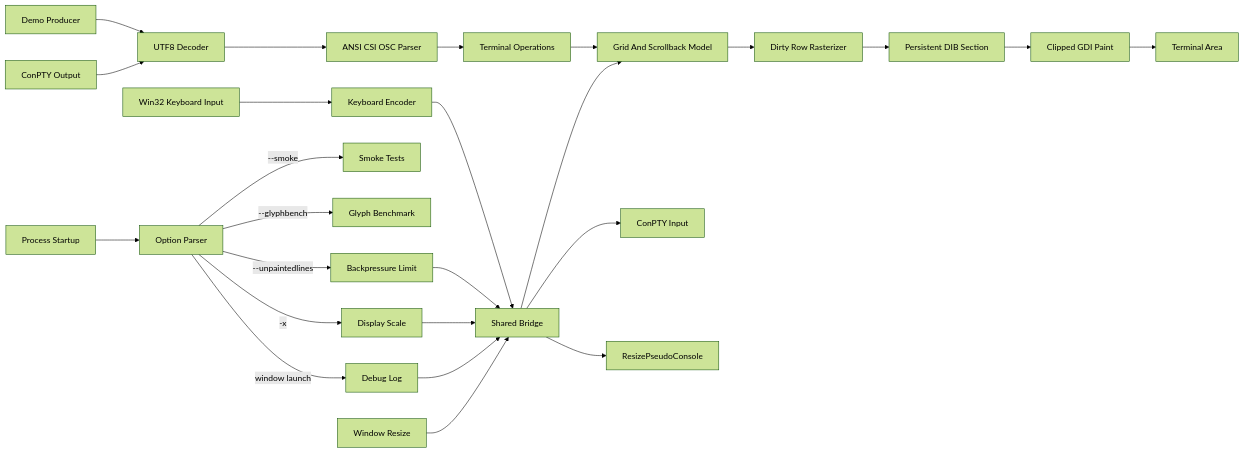
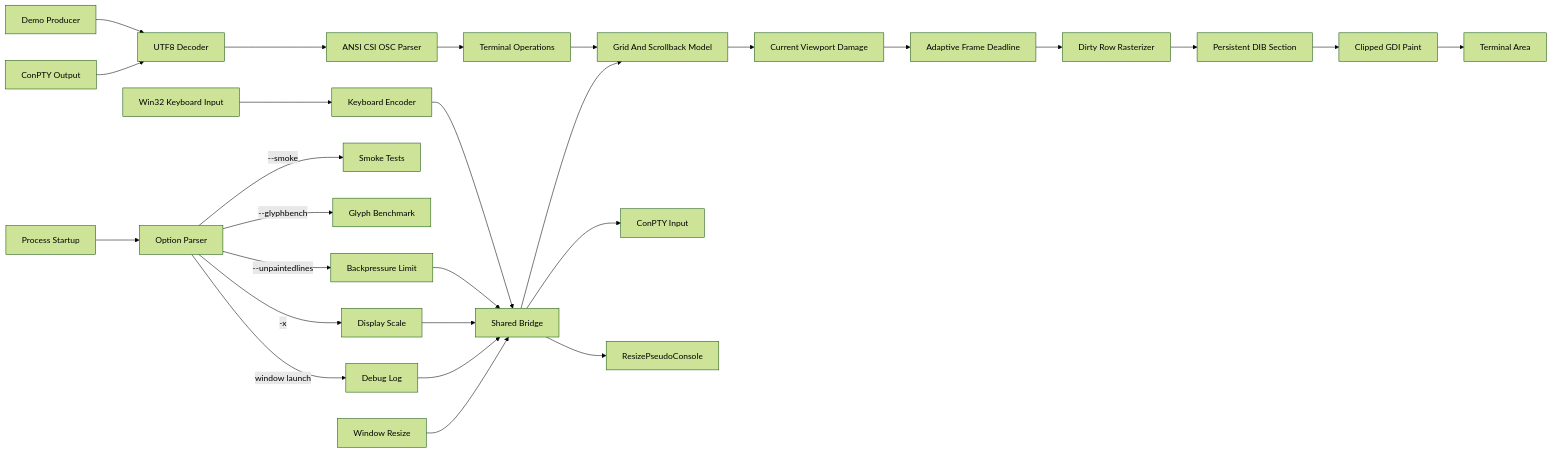
One commit to DusteDdk/winxterm changed the diagram in ARCHITECTURE.md. Above: the diagram before and after it, drawn with Mermaid (forest theme). The commit also changed other lines of this file and 17 other files, not shown here.

````diff
--- a/ARCHITECTURE.md
+++ b/ARCHITECTURE.md
@@ -65,27 +67,29 @@
 ```mermaid
 flowchart LR
     processStart[Process Startup] --> optionParser[Option Parser]
     optionParser -->|"--smoke"| smokeTests[Smoke Tests]
     optionParser -->|"--glyphbench"| glyphBench[Glyph Benchmark]
     optionParser -->|"--unpaintedlines"| backpressureLimit[Backpressure Limit]
     optionParser -->|"-x"| displayScale[Display Scale]
     optionParser -->|"window launch"| debugLog[Debug Log]
     debugLog --> bridge[Shared Bridge]
     backpressureLimit --> bridge
     displayScale --> bridge
     bridge --> screenModel[Grid And Scrollback Model]
     win32Input[Win32 Keyboard Input] --> inputEncoder[Keyboard Encoder]
     inputEncoder --> bridge
     bridge --> conptyInput[ConPTY Input]
     clientProducer[Demo Producer] --> textDecoder[UTF8 Decoder]
     conptyOutput[ConPTY Output] --> textDecoder
     textDecoder --> ansiParser[ANSI CSI OSC Parser]
     ansiParser --> terminalOps[Terminal Operations]
     terminalOps --> screenModel
+    screenModel --> viewportDamage[Current Viewport Damage]
+    viewportDamage --> frameDeadline[Adaptive Frame Deadline]
     resizeEvent[Window Resize] --> bridge
     bridge --> conptyResize[ResizePseudoConsole]
-    screenModel --> dirtyRows[Dirty Row Rasterizer]
+    frameDeadline --> dirtyRows[Dirty Row Rasterizer]
     dirtyRows --> dib[Persistent DIB Section]
     dib --> gdiPaint[Clipped GDI Paint]
     gdiPaint --> clientArea[Terminal Area]
 ```
````
